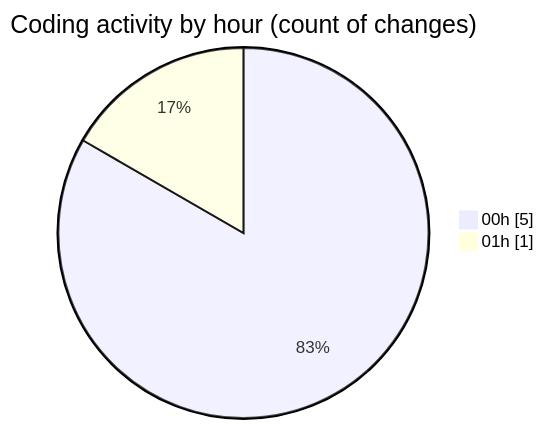
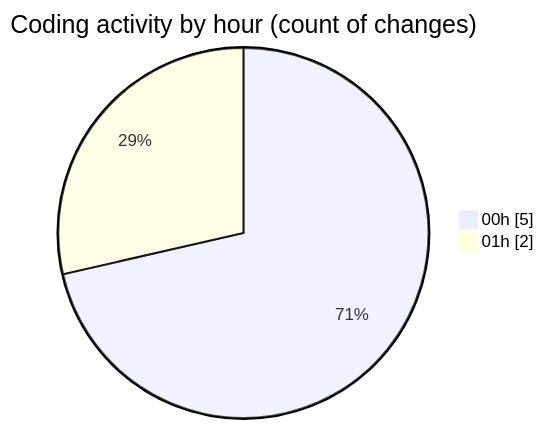
One commit to shibass792/code-tracking changed the second of 2 diagrams in 2026-07-14/shibass-ai/README.md. Above: the diagram before and after it, drawn with Mermaid. The commit also changed other lines of this file and 1 other file, not shown here.

````diff
--- a/2026-07-14/shibass-ai/README.md
+++ b/2026-07-14/shibass-ai/README.md
@@ -31,6 +31,6 @@
 ```mermaid
 pie showData
 title Coding activity by hour (count of changes)
 "00h" : 5
-"01h" : 1
+"01h" : 2
 ```
````
